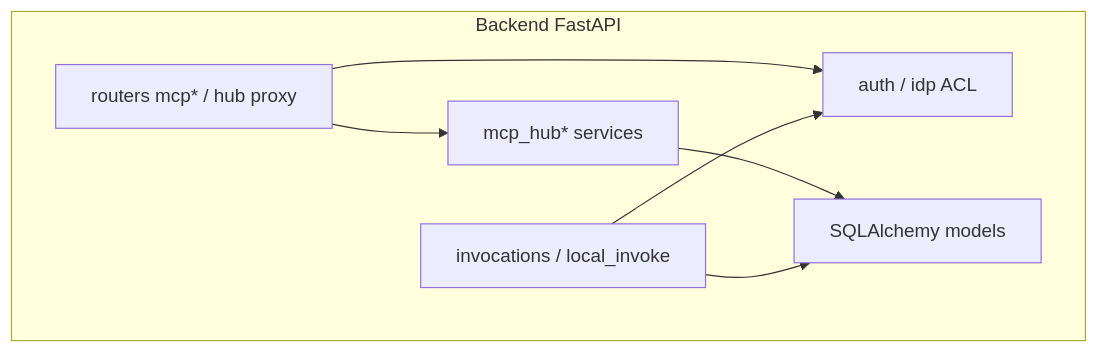
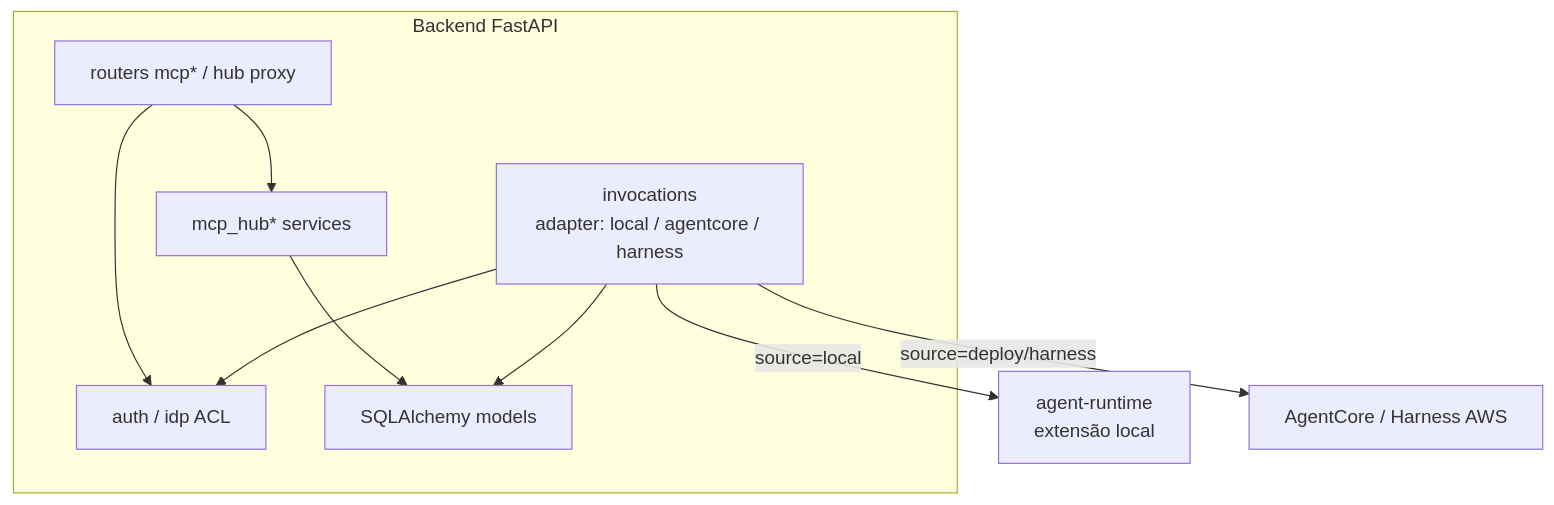
The fourth of 8 diagrams in local-runtime/docs/guide/architecture.md (awslabs/loom), drawn with Mermaid before and after one commit. The commit also changed other lines of this file, not shown here.

First line of the commit message:
docs(architecture): restore AgentCore and Bedrock as extended paths

````diff
--- a/local-runtime/docs/guide/architecture.md
+++ b/local-runtime/docs/guide/architecture.md
@@ -142,15 +172,19 @@
 ```mermaid
 flowchart TB
   subgraph be[Backend FastAPI]
     AUTH[auth / idp ACL]
     MCPR[routers mcp* / hub proxy]
-    INV[invocations / local_invoke]
+    INV[invocations<br/>adapter: local / agentcore / harness]
     HSVC[mcp_hub* services]
     ORM[SQLAlchemy models]
   end
+  AR[agent-runtime<br/>extensão local]
+  AC[AgentCore / Harness AWS]
   MCPR --> AUTH
   MCPR --> HSVC
   HSVC --> ORM
   INV --> ORM
   INV --> AUTH
+  INV -->|source=local| AR
+  INV -->|source=deploy/harness| AC
 ```
````
